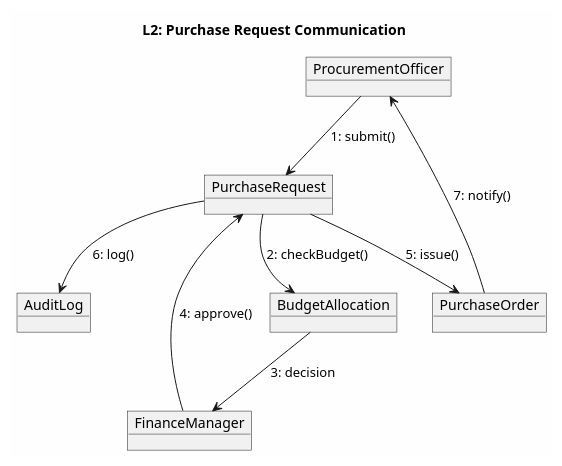
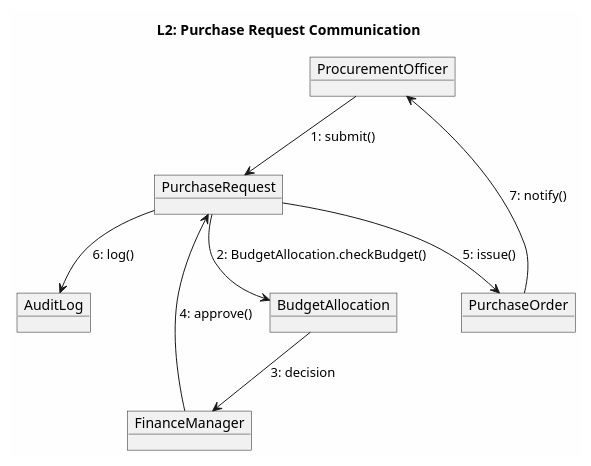
The fifth of 6 diagrams in docs/02_architecture/ARCH_integrated-hr-finance-procurement-uml-sequence-communication_v1.md (Shakour-Data/BedaanWaves), drawn with PlantUML before and after one commit. The commit also changed other lines of this file and 18 other files, not shown here.

Commit message:
Update middleware, API routes, gateway, tracing, rate limiter, main, and architecture diagrams

````diff
--- a/docs/02_architecture/ARCH_integrated-hr-finance-procurement-uml-sequence-communication_v1.md
+++ b/docs/02_architecture/ARCH_integrated-hr-finance-procurement-uml-sequence-communication_v1.md
@@ -175,23 +175,23 @@
 ```plantuml
 @startuml ARCH-L2-Communication
 skinparam backgroundColor #FEFEFE
 
 title L2: Purchase Request Communication
 
 object "ProcurementOfficer" as PROC
 object "PurchaseRequest" as PR
 object "BudgetAllocation" as BUD
 object "FinanceManager" as FIN
 object "PurchaseOrder" as PO
 object "AuditLog" as AUDIT
 
 PROC --> PR : 1: submit()
-PR --> BUD : 2: checkBudget()
+PR --> BUD : 2: BudgetAllocation.checkBudget()
 BUD --> FIN : 3: decision
 FIN --> PR : 4: approve()
 PR --> PO : 5: issue()
 PR --> AUDIT : 6: log()
 PO --> PROC : 7: notify()
 
 @enduml
 ```
````
